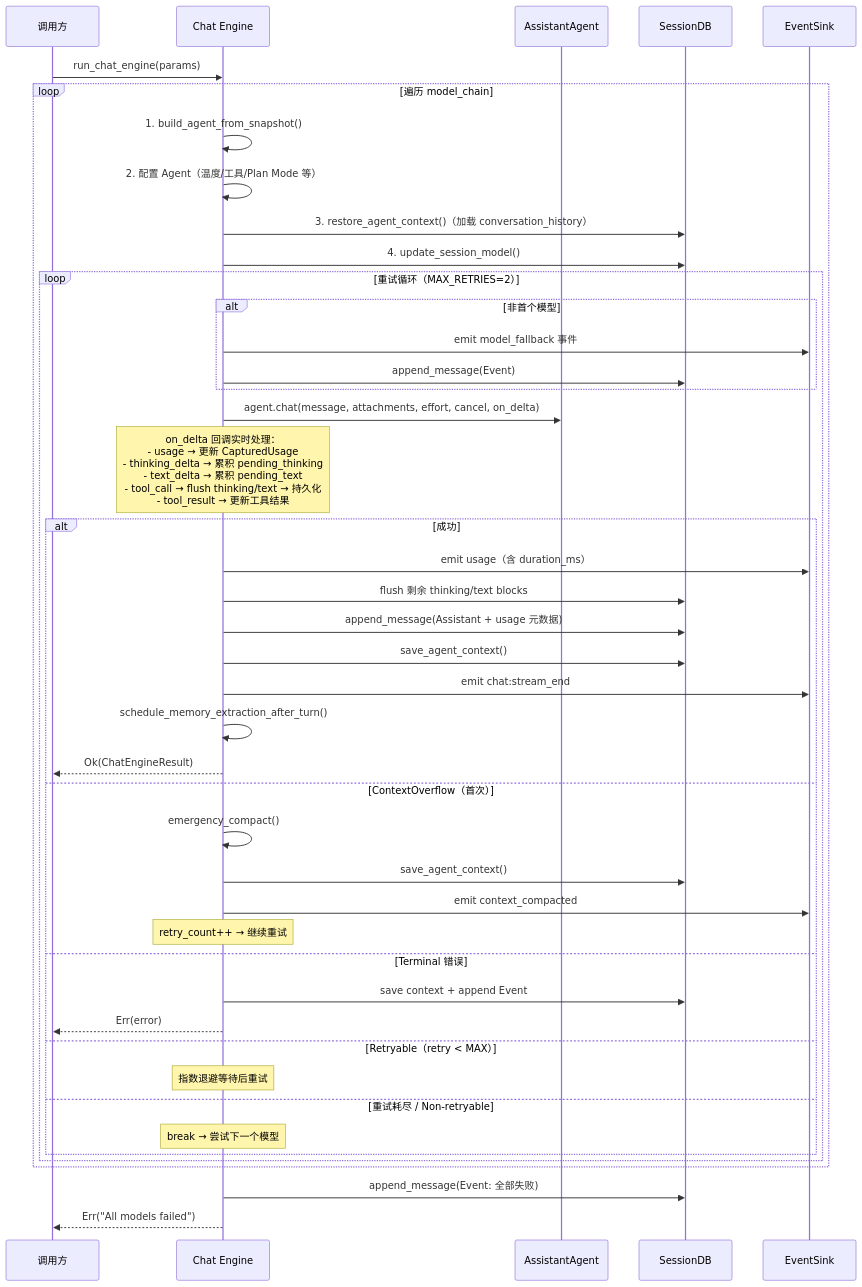
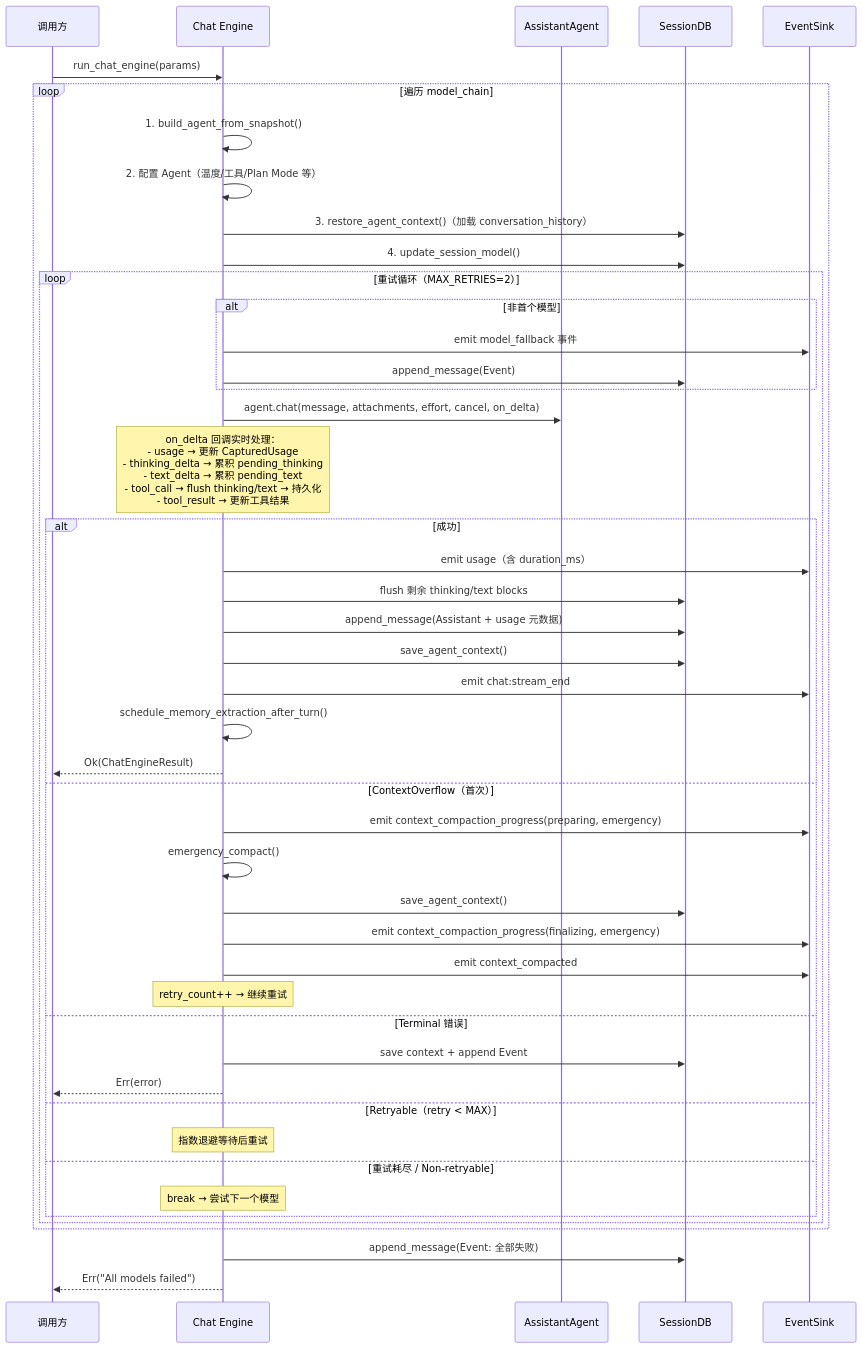
The first of 3 diagrams in mirrors/repos/shiwenwen@hope-agent/docs/architecture/chat-engine.md (gabrielmoreira/agent-skills-mirror), drawn with Mermaid before and after one commit. The commit also changed other lines of this file and 2381 other files, not shown here.

````diff
--- a/mirrors/repos/shiwenwen@hope-agent/docs/architecture/chat-engine.md
+++ b/mirrors/repos/shiwenwen@hope-agent/docs/architecture/chat-engine.md
@@ -147,53 +147,55 @@
 ```mermaid
 sequenceDiagram
     participant Caller as 调用方
     participant Engine as Chat Engine
     participant Agent as AssistantAgent
     participant DB as SessionDB
     participant Sink as EventSink
 
     Caller->>Engine: run_chat_engine(params)
 
     loop 遍历 model_chain
         Engine->>Engine: 1. build_agent_from_snapshot()
         Engine->>Engine: 2. 配置 Agent（温度/工具/Plan Mode 等）
         Engine->>DB: 3. restore_agent_context()（加载 conversation_history）
         Engine->>DB: 4. update_session_model()
 
         loop 重试循环（MAX_RETRIES=2）
             alt 非首个模型
                 Engine->>Sink: emit model_fallback 事件
                 Engine->>DB: append_message(Event)
             end
 
             Engine->>Agent: agent.chat(message, attachments, effort, cancel, on_delta)
 
             Note over Engine: on_delta 回调实时处理：<br/>- usage → 更新 CapturedUsage<br/>- thinking_delta → 累积 pending_thinking<br/>- text_delta → 累积 pending_text<br/>- tool_call → flush thinking/text → 持久化<br/>- tool_result → 更新工具结果
 
             alt 成功
                 Engine->>Sink: emit usage（含 duration_ms）
                 Engine->>DB: flush 剩余 thinking/text blocks
                 Engine->>DB: append_message(Assistant + usage 元数据)
                 Engine->>DB: save_agent_context()
                 Engine->>Sink: emit chat:stream_end
                 Engine->>Engine: schedule_memory_extraction_after_turn()
                 Engine-->>Caller: Ok(ChatEngineResult)
             else ContextOverflow（首次）
+                Engine->>Sink: emit context_compaction_progress(preparing, emergency)
                 Engine->>Engine: emergency_compact()
                 Engine->>DB: save_agent_context()
+                Engine->>Sink: emit context_compaction_progress(finalizing, emergency)
                 Engine->>Sink: emit context_compacted
                 Note over Engine: retry_count++ → 继续重试
             else Terminal 错误
                 Engine->>DB: save context + append Event
                 Engine-->>Caller: Err(error)
             else Retryable（retry < MAX）
                 Note over Engine: 指数退避等待后重试
             else 重试耗尽 / Non-retryable
                 Note over Engine: break → 尝试下一个模型
             end
         end
     end
 
     Engine->>DB: append_message(Event: 全部失败)
     Engine-->>Caller: Err("All models failed")
 ```
````
